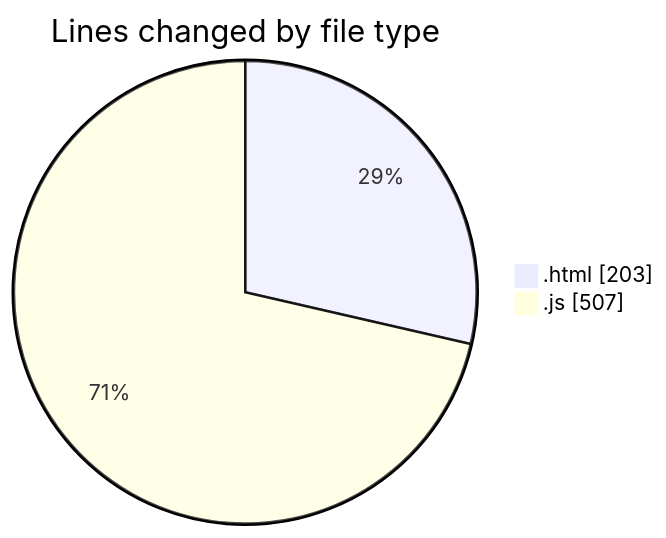
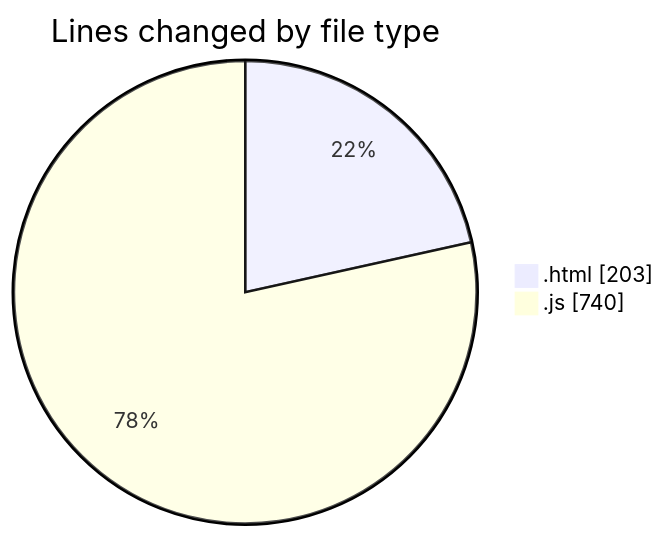
One commit to nxtqubesakshisongat/code-tracking changed the first of 2 diagrams in 2025-09-07/cashcalculator/README.md. Above: the diagram before and after it, drawn with Mermaid. The commit also changed other lines of this file and 1 other file, not shown here.

````diff
--- a/2025-09-07/cashcalculator/README.md
+++ b/2025-09-07/cashcalculator/README.md
@@ -21,6 +21,6 @@
 ```mermaid
 pie showData
 title Lines changed by file type
 ".html" : 203
-".js" : 507
+".js" : 740
 ```
````
